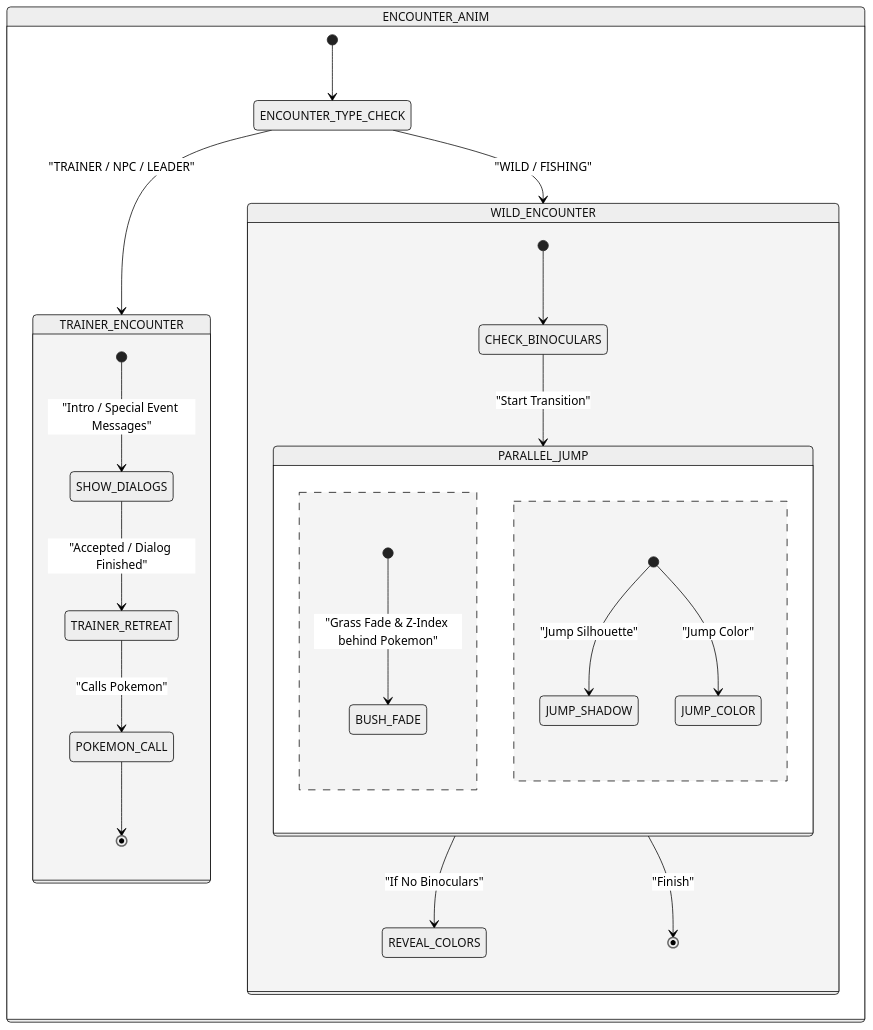
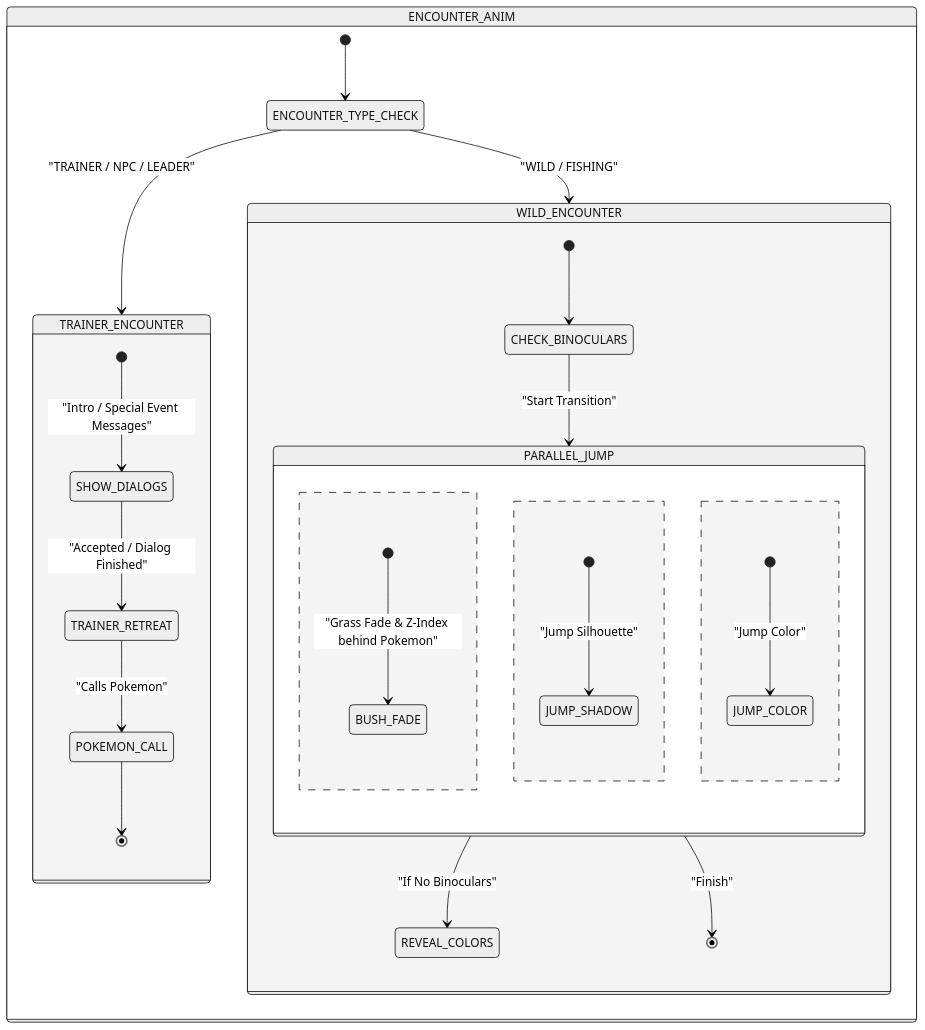
One commit to Darkham77/PokeBorrador changed diagram 17 of 18 in .agents/skills/project-standards/references/battle/battle_mechanics_manual.md. Above: the diagram before and after it, drawn with Mermaid (neutral theme). The commit also changed other lines of this file and 3 other files, not shown here.

First line of the commit message:
docs(battle): refactor rewards phase and parallel FSM diagrams layout

````diff
--- a/.agents/skills/project-standards/references/battle/battle_mechanics_manual.md
+++ b/.agents/skills/project-standards/references/battle/battle_mechanics_manual.md
@@ -845,34 +835,35 @@
 ```mermaid
 stateDiagram-v2
     state ENCOUNTER_ANIM {
         [*] --> ENCOUNTER_TYPE_CHECK
         state ENCOUNTER_TYPE_CHECK <<choice>>
         
         ENCOUNTER_TYPE_CHECK --> TRAINER_ENCOUNTER: "TRAINER / NPC / LEADER"
         ENCOUNTER_TYPE_CHECK --> WILD_ENCOUNTER: "WILD / FISHING"
 
         state TRAINER_ENCOUNTER {
             [*] --> SHOW_DIALOGS: "Intro / Special Event Messages"
             SHOW_DIALOGS --> TRAINER_RETREAT: "Accepted / Dialog Finished"
             TRAINER_RETREAT --> POKEMON_CALL: "Calls Pokemon"
             POKEMON_CALL --> [*]
         }
 
         state WILD_ENCOUNTER {
             [*] --> CHECK_BINOCULARS
             state CHECK_BINOCULARS <<choice>>
             
             CHECK_BINOCULARS --> PARALLEL_JUMP: "Start Transition"
 
             state PARALLEL_JUMP {
                 [*] --> BUSH_FADE: "Grass Fade & Z-Index behind Pokemon"
                 --
                 [*] --> JUMP_SHADOW: "Jump Silhouette"
+                --
                 [*] --> JUMP_COLOR: "Jump Color"
             }
             
             PARALLEL_JUMP --> REVEAL_COLORS: "If No Binoculars"
             PARALLEL_JUMP --> [*]: "Finish"
         }
     }
 ```
````
